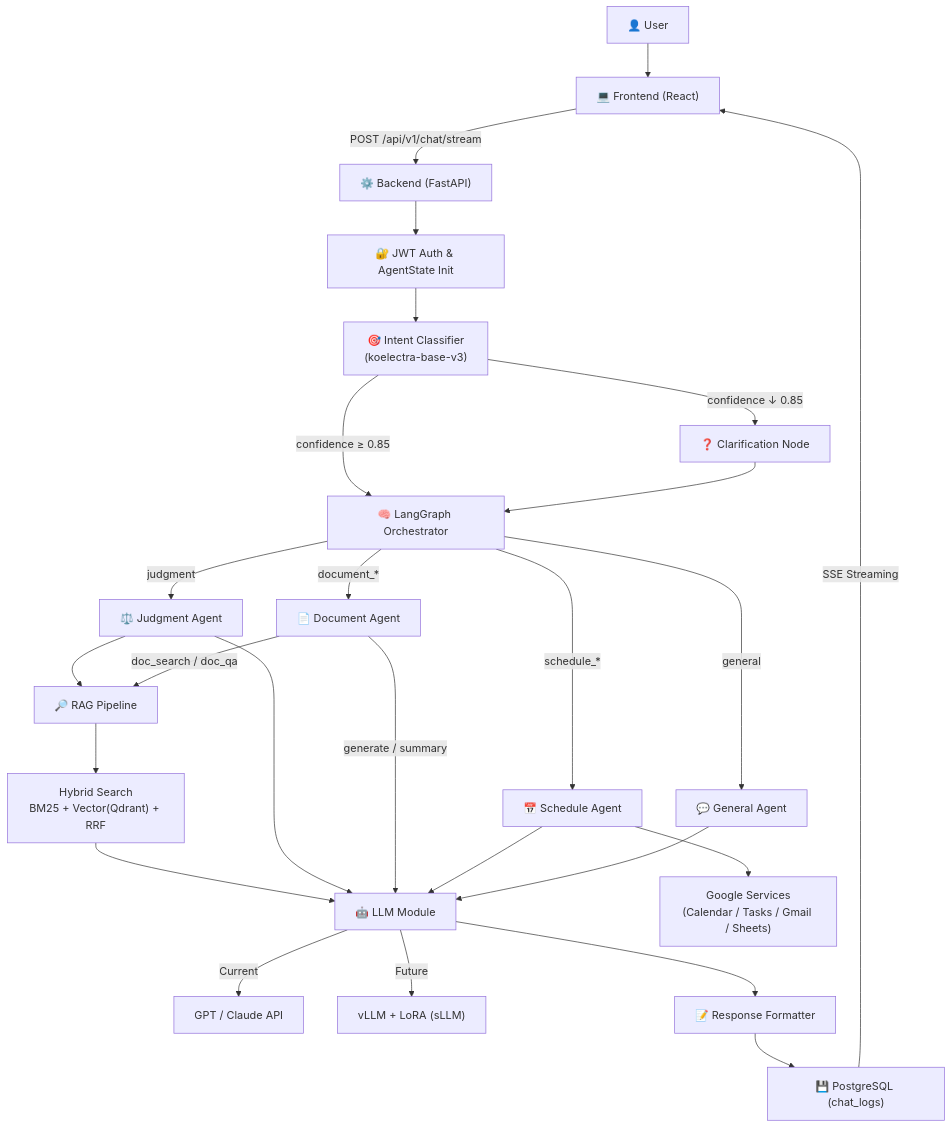
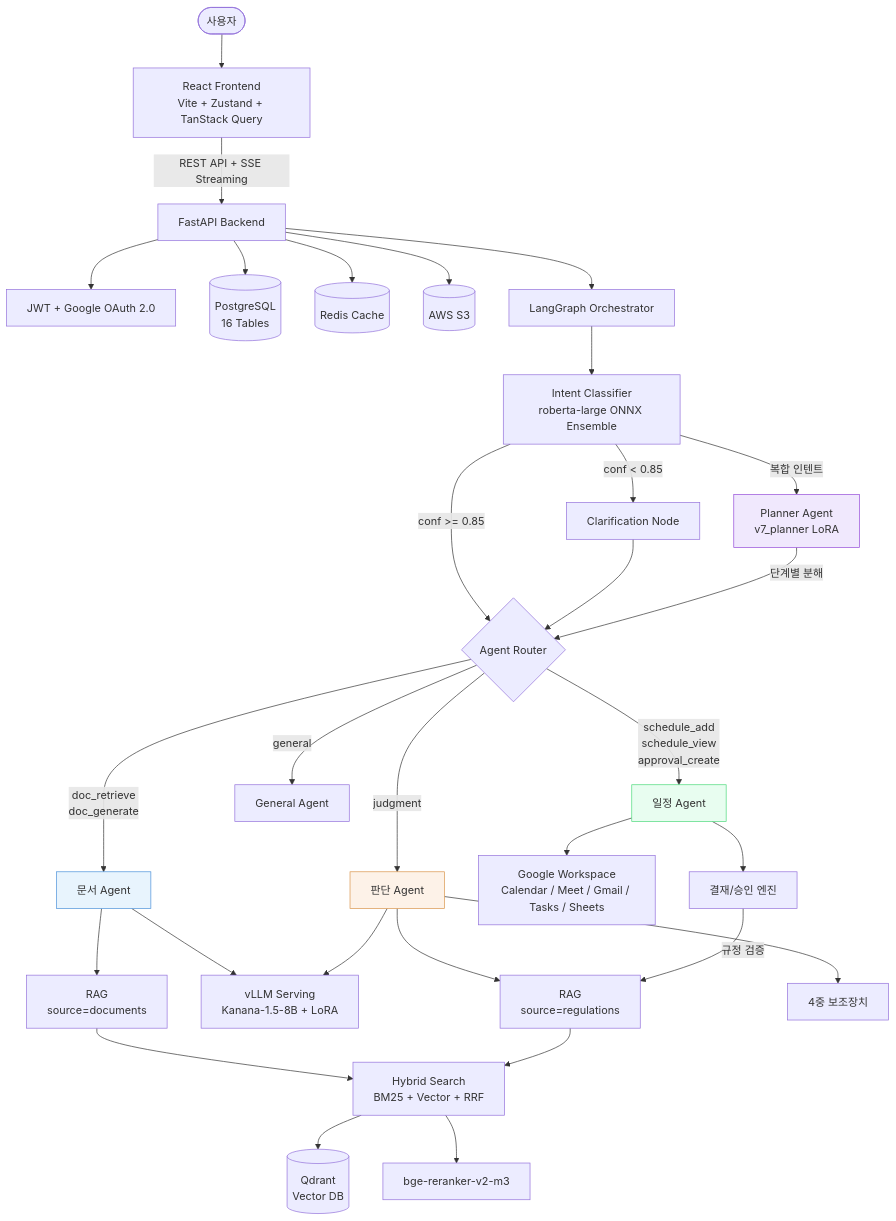
One commit to SKNETWORKS-FAMILY-AICAMP/SKN21-FINAL-3TEAM changed the first of 9 diagrams in README.md. Above: the diagram before and after it, drawn with Mermaid. The commit also changed other lines of this file and 1 other file, not shown here.

````diff
--- a/README.md
+++ b/README.md
@@ -99,59 +163,47 @@
 ```mermaid
-flowchart TD
+flowchart TB
+    User([사용자]) --> FE[React Frontend<br/>Vite + Zustand + TanStack Query]
+    FE -->|REST API + SSE Streaming| BE[FastAPI Backend]
 
-    %% =========================
-    %% 1. USER → FRONTEND
-    %% =========================
-    U["👤 User"] --> F["💻 Frontend (React)"]
-    F -->|POST /api/v1/chat/stream| B["⚙️ Backend (FastAPI)"]
+    BE --> Auth[JWT + Google OAuth 2.0]
+    BE --> DB[(PostgreSQL<br/>16 Tables)]
+    BE --> Redis[(Redis Cache)]
+    BE --> S3[(AWS S3)]
 
-    %% =========================
-    %% 2. AUTH & ORCHESTRATOR
-    %% =========================
-    B --> A["🔐 JWT Auth & AgentState Init"]
-    A --> I["🎯 Intent Classifier<br/>(koelectra-base-v3)"]
+    BE --> Orch[LangGraph Orchestrator]
+    Orch --> Intent[Intent Classifier<br/>roberta-large ONNX Ensemble]
 
-    I -->|confidence ≥ 0.85| O["🧠 LangGraph Orchestrator"]
-    I -->|confidence ↓ 0.85| C["❓ Clarification Node"]
-    C --> O
+    Intent -->|conf >= 0.85| Router{Agent Router}
+    Intent -->|conf < 0.85| Clarify[Clarification Node]
+    Intent -->|복합 인텐트| Planner[Planner Agent<br/>v7_planner LoRA]
+    Clarify --> Router
+    Planner -->|단계별 분해| Router
 
-    %% =========================
-    %% 3. AGENT ROUTING
-    %% =========================
-    O -->|judgment| J["⚖️ Judgment Agent"]
-    O -->|document_*| D["📄 Document Agent"]
-    O -->|schedule_*| S["📅 Schedule Agent"]
-    O -->|general| G["💬 General Agent"]
+    Router -->|doc_retrieve<br/>doc_generate| DocAgent[문서 Agent]
+    Router -->|judgment| JudgeAgent[판단 Agent]
+    Router -->|schedule_add<br/>schedule_view<br/>approval_create| SchedAgent[일정 Agent]
+    Router -->|general| General[General Agent]
 
-    %% =========================
-    %% 4. RAG (Conditional)
-    %% =========================
-    J --> R1["🔎 RAG Pipeline"]
-    D -->|doc_search / doc_qa| R1
+    DocAgent --> RAG_Doc[RAG<br/>source=documents]
+    DocAgent --> vLLM
 
-    R1 --> HS["Hybrid Search<br/>BM25 + Vector(Qdrant) + RRF"]
-    HS --> L
+    JudgeAgent --> RAG_Reg[RAG<br/>source=regulations]
+    JudgeAgent --> Guard[4중 보조장치]
+    JudgeAgent --> vLLM
 
-    %% =========================
-    %% 5. LLM LAYER
-    %% =========================
-    J --> L["🤖 LLM Module"]
-    D -->|generate / summary| L
-    S --> L
-    G --> L
+    SchedAgent --> Google[Google Workspace<br/>Calendar / Meet / Gmail / Tasks / Sheets]
+    SchedAgent --> Approval[결재/승인 엔진]
+    Approval -->|규정 검증| RAG_Reg
 
-    L -->|Current| API["GPT / Claude API"]
-    L -->|Future| VLLM["vLLM + LoRA (sLLM)"]
+    RAG_Doc --> HybridSearch[Hybrid Search<br/>BM25 + Vector + RRF]
+    RAG_Reg --> HybridSearch
+    HybridSearch --> Qdrant[(Qdrant<br/>Vector DB)]
+    HybridSearch --> Reranker[bge-reranker-v2-m3]
 
-    %% =========================
-    %% 6. EXTERNAL SERVICES
-    %% =========================
-    S --> GS["Google Services<br/>(Calendar / Tasks / Gmail / Sheets)"]
+    vLLM[vLLM Serving<br/>Kanana-1.5-8B + LoRA]
 
-    %% =========================
-    %% 7. RESPONSE FLOW
-    %% =========================
-    L --> FMT["📝 Response Formatter"]
-    FMT --> DB["💾 PostgreSQL (chat_logs)"]
-    DB -->|SSE Streaming| F
+    style DocAgent fill:#e8f4fd,stroke:#4a90d9
+    style JudgeAgent fill:#fdf2e8,stroke:#d9944a
+    style SchedAgent fill:#e8fdf0,stroke:#4ad97a
+    style Planner fill:#f0e8fd,stroke:#944ad9
 ```
````
